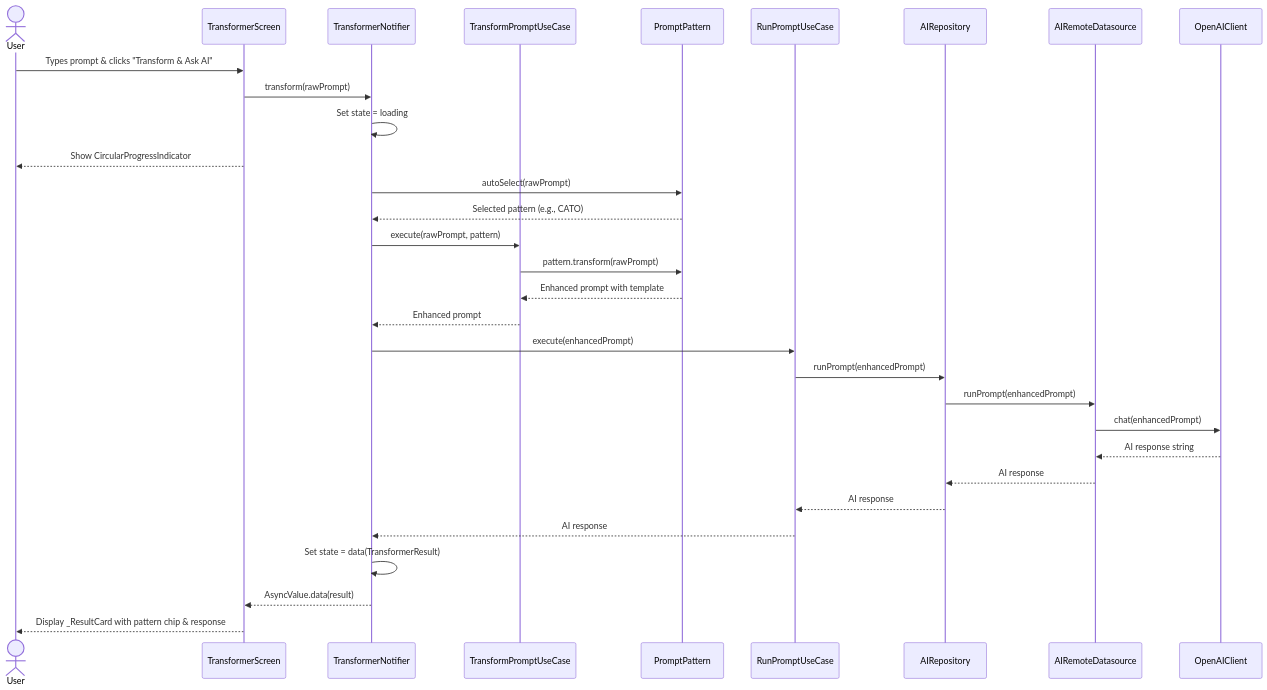
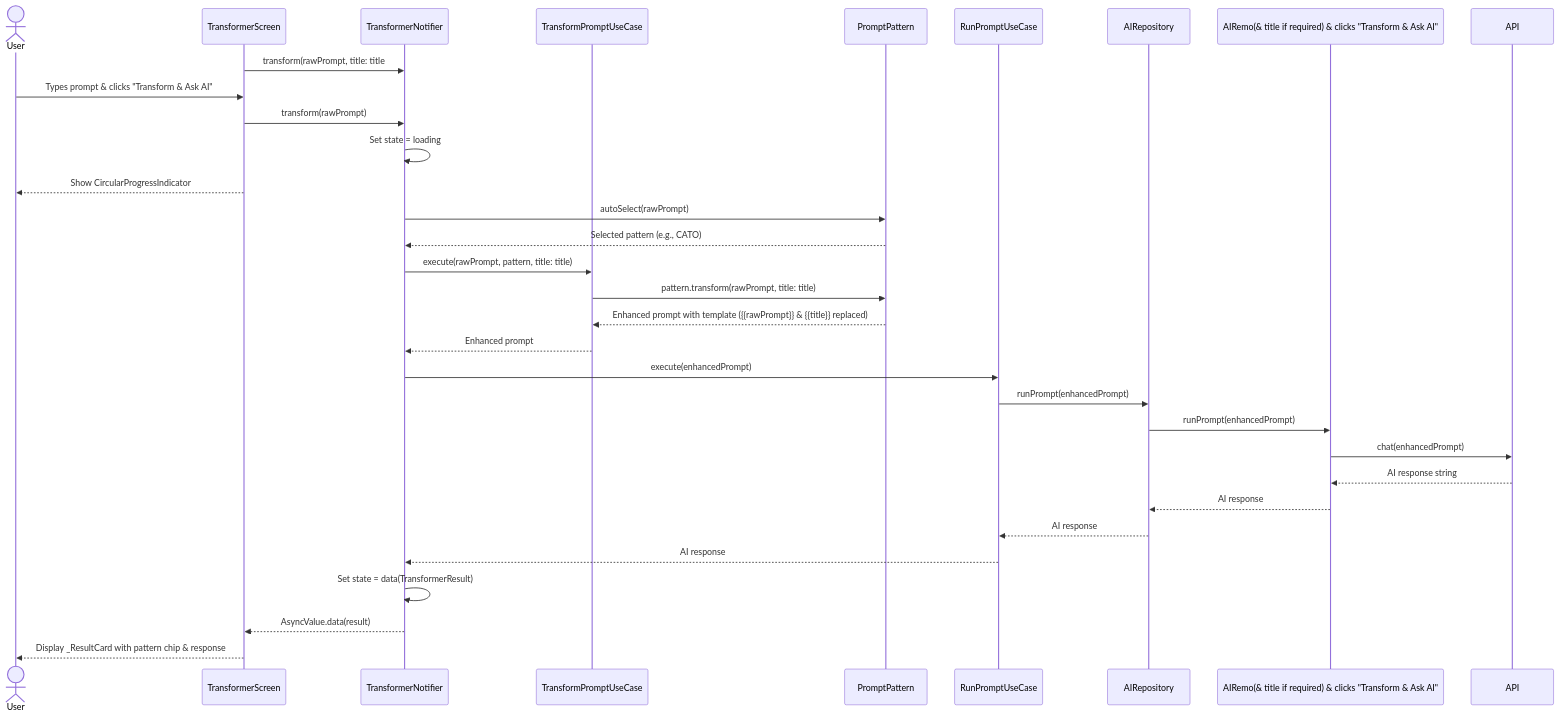
One commit to haiphan5289/prompt-app changed the first of 2 diagrams in lib/features/transformer/presentation/screens/FEATURE.md. Above: the diagram before and after it, drawn with Mermaid. The commit also changed other lines of this file and 5 other files, not shown here.

````diff
--- a/lib/features/transformer/presentation/screens/FEATURE.md
+++ b/lib/features/transformer/presentation/screens/FEATURE.md
@@ -23,39 +26,39 @@
 ```mermaid
 sequenceDiagram
     actor User
     participant UI as TransformerScreen
     participant Notifier as TransformerNotifier
     participant Transform as TransformPromptUseCase
     participant Pattern as PromptPattern
     participant Run as RunPromptUseCase
     participant Repo as AIRepository
-    participant DS as AIRemoteDatasource
-    participant API as OpenAIClient
+    participant DS as AIRemo(& title if required) & clicks "Transform & Ask AI"
+    UI->>Notifier: transform(rawPrompt, title: title
     
     User->>UI: Types prompt & clicks "Transform & Ask AI"
     UI->>Notifier: transform(rawPrompt)
     
     Notifier->>Notifier: Set state = loading
     UI-->>User: Show CircularProgressIndicator
     
     Notifier->>Pattern: autoSelect(rawPrompt)
     Pattern-->>Notifier: Selected pattern (e.g., CATO)
     
-    Notifier->>Transform: execute(rawPrompt, pattern)
-    Transform->>Pattern: pattern.transform(rawPrompt)
-    Pattern-->>Transform: Enhanced prompt with template
+    Notifier->>Transform: execute(rawPrompt, pattern, title: title)
+    Transform->>Pattern: pattern.transform(rawPrompt, title: title)
+    Pattern-->>Transform: Enhanced prompt with template ({{rawPrompt}} & {{title}} replaced)
     Transform-->>Notifier: Enhanced prompt
     
     Notifier->>Run: execute(enhancedPrompt)
     Run->>Repo: runPrompt(enhancedPrompt)
     Repo->>DS: runPrompt(enhancedPrompt)
     DS->>API: chat(enhancedPrompt)
     API-->>DS: AI response string
     DS-->>Repo: AI response
     Repo-->>Run: AI response
     Run-->>Notifier: AI response
     
     Notifier->>Notifier: Set state = data(TransformerResult)
     Notifier-->>UI: AsyncValue.data(result)
     UI-->>User: Display _ResultCard with pattern chip & response
 ```
````
